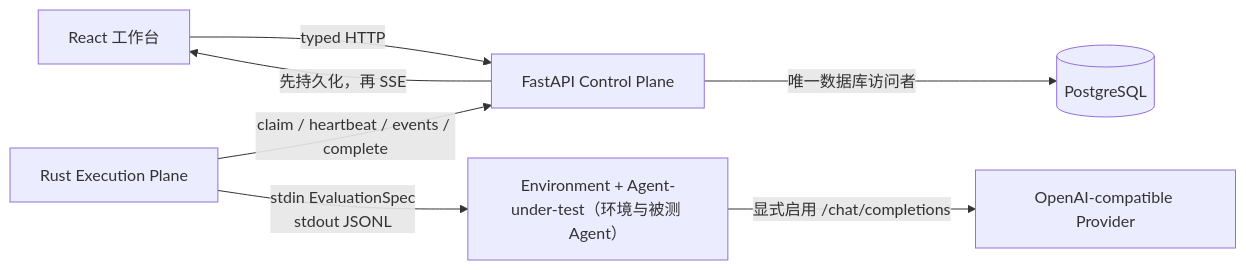
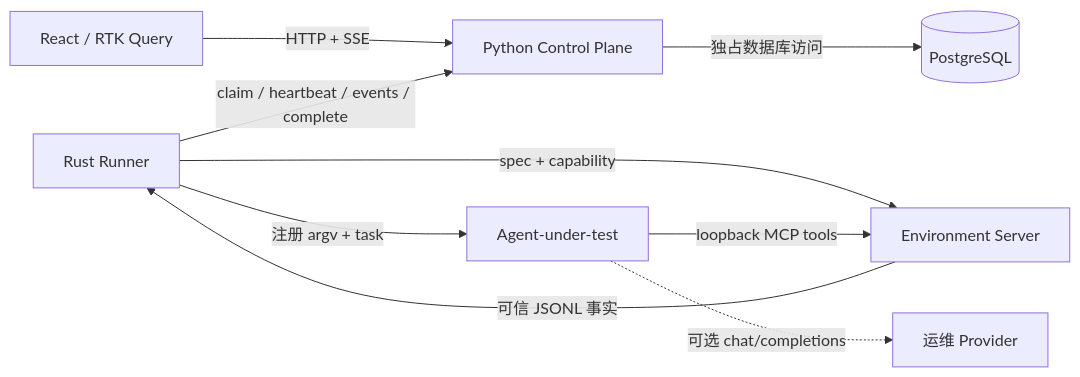
The diagram in README.zh-CN.md (GarrisonPJ/agent-ops-platform), drawn with Mermaid before and after one commit. The commit also changed other lines of this file and 25 other files, not shown here.

````diff
--- a/README.zh-CN.md
+++ b/README.zh-CN.md
@@ -103,9 +67,11 @@
 ```mermaid
 flowchart LR
-    UI["React 工作台"] -->|"typed HTTP"| API["FastAPI Control Plane"]
-    API -->|"唯一数据库访问者"| DB[("PostgreSQL")]
-    API -->|"先持久化，再 SSE"| UI
-    Runner["Rust Execution Plane"] -->|"claim / heartbeat / events / complete"| API
-    Runner -->|"stdin EvaluationSpec<br/>stdout JSONL"| Agent["Environment + Agent-under-test（环境与被测 Agent）"]
-    Agent -->|"显式启用 /chat/completions"| Provider["OpenAI-compatible Provider"]
+    UI[React / RTK Query] -->|HTTP + SSE| CP[Python Control Plane]
+    CP -->|独占数据库访问| DB[(PostgreSQL)]
+    R[Rust Runner] -->|claim / heartbeat / events / complete| CP
+    R -->|spec + capability| E[Environment Server]
+    R -->|注册 argv + task| A[Agent-under-test]
+    A -->|loopback MCP tools| E
+    E -->|可信 JSONL 事实| R
+    A -. 可选 chat/completions .-> P[运维 Provider]
 ```
````
